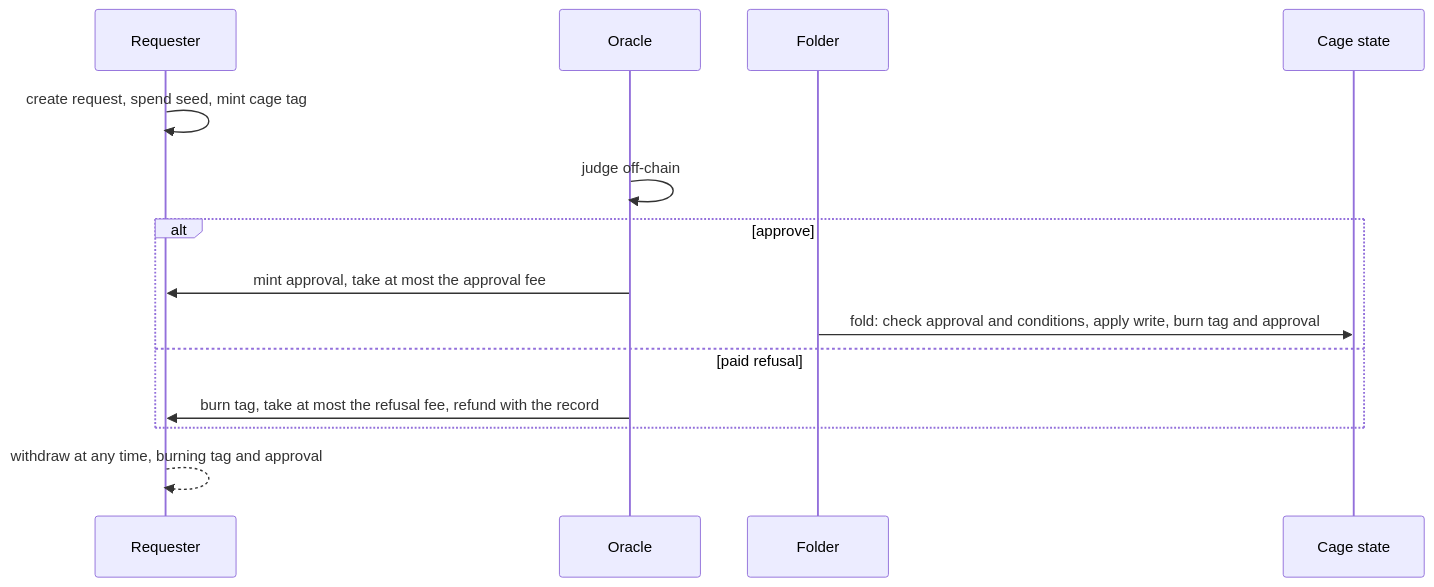
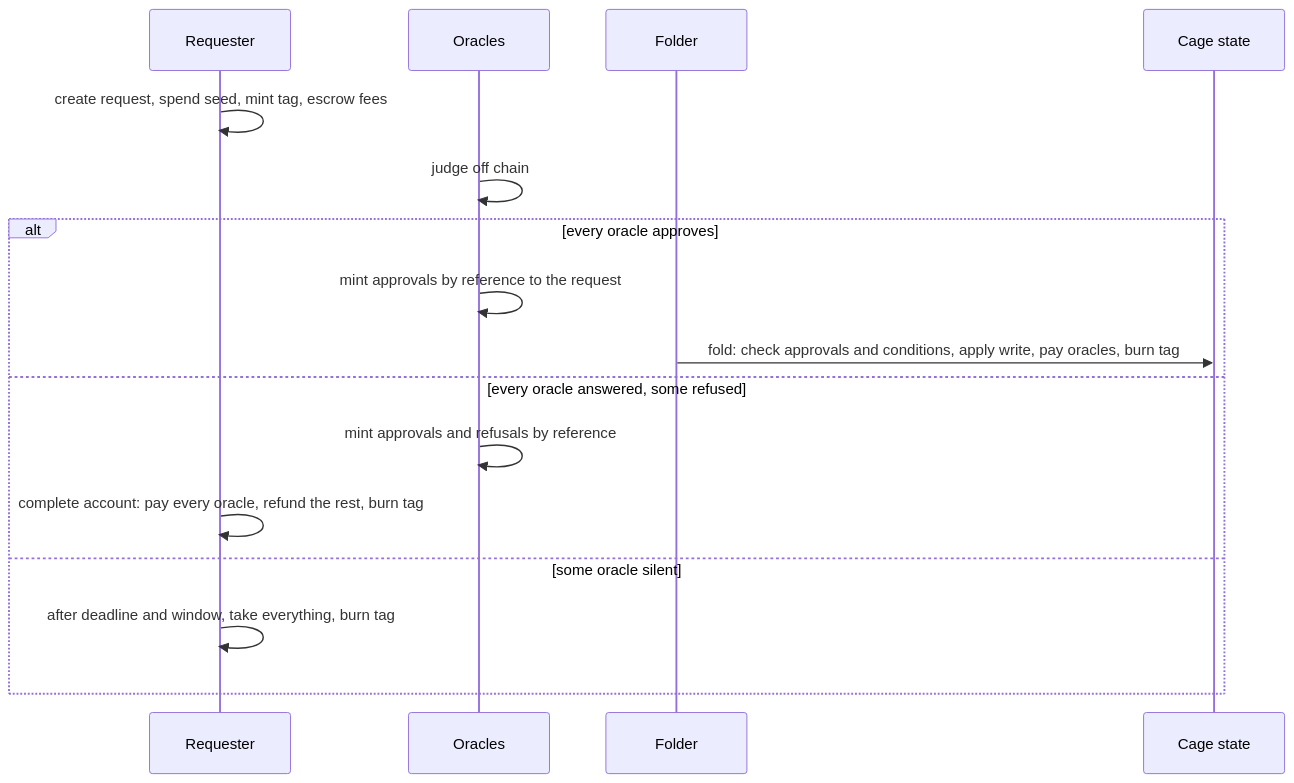
The diagram in specs/request-approval-fold/decisions.md (cardano-foundation/cardano-mpfs-onchain), drawn with Mermaid before and after one commit. The commit also changed other lines of this file, not shown here.

Commit message:
docs(specs): multi-oracle permissionless registry decisions

````diff
--- a/specs/request-approval-fold/decisions.md
+++ b/specs/request-approval-fold/decisions.md
@@ -105,16 +164,18 @@
 ```mermaid
 sequenceDiagram
   participant R as Requester
-  participant O as Oracle
+  participant O as Oracles
   participant F as Folder
   participant C as Cage state
-  R->>R: create request, spend seed, mint cage tag
-  O->>O: judge off-chain
-  alt approve
-    O->>R: mint approval, take at most the approval fee
-    F->>C: fold: check approval and conditions, apply write, burn tag and approval
-  else paid refusal
-    O->>R: burn tag, take at most the refusal fee, refund with the record
+  R->>R: create request, spend seed, mint tag, escrow fees
+  O->>O: judge off chain
+  alt every oracle approves
+    O->>O: mint approvals by reference to the request
+    F->>C: fold: check approvals and conditions, apply write, pay oracles, burn tag
+  else every oracle answered, some refused
+    O->>O: mint approvals and refusals by reference
+    R->>R: complete account: pay every oracle, refund the rest, burn tag
+  else some oracle silent
+    R->>R: after deadline and window, take everything, burn tag
   end
-  R-->>R: withdraw at any time, burning tag and approval
 ```
````
